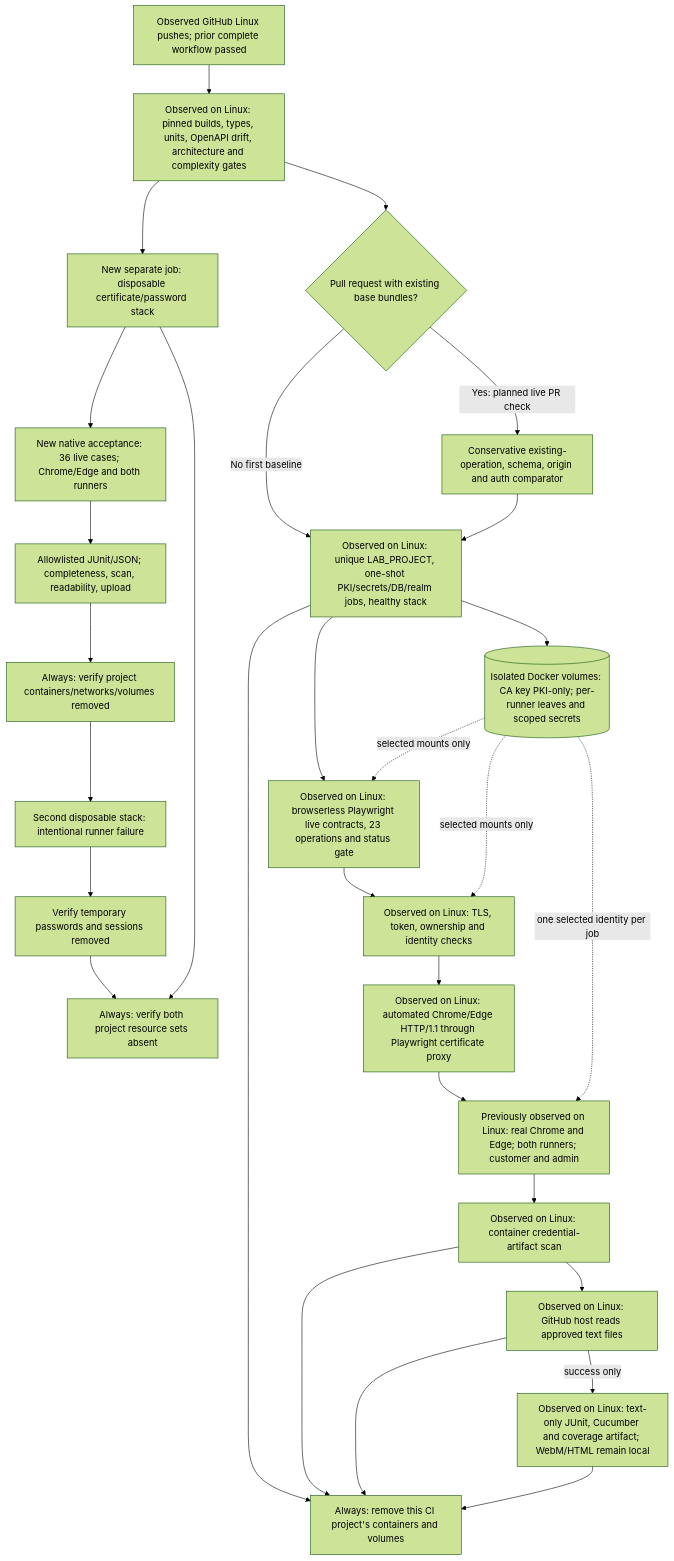
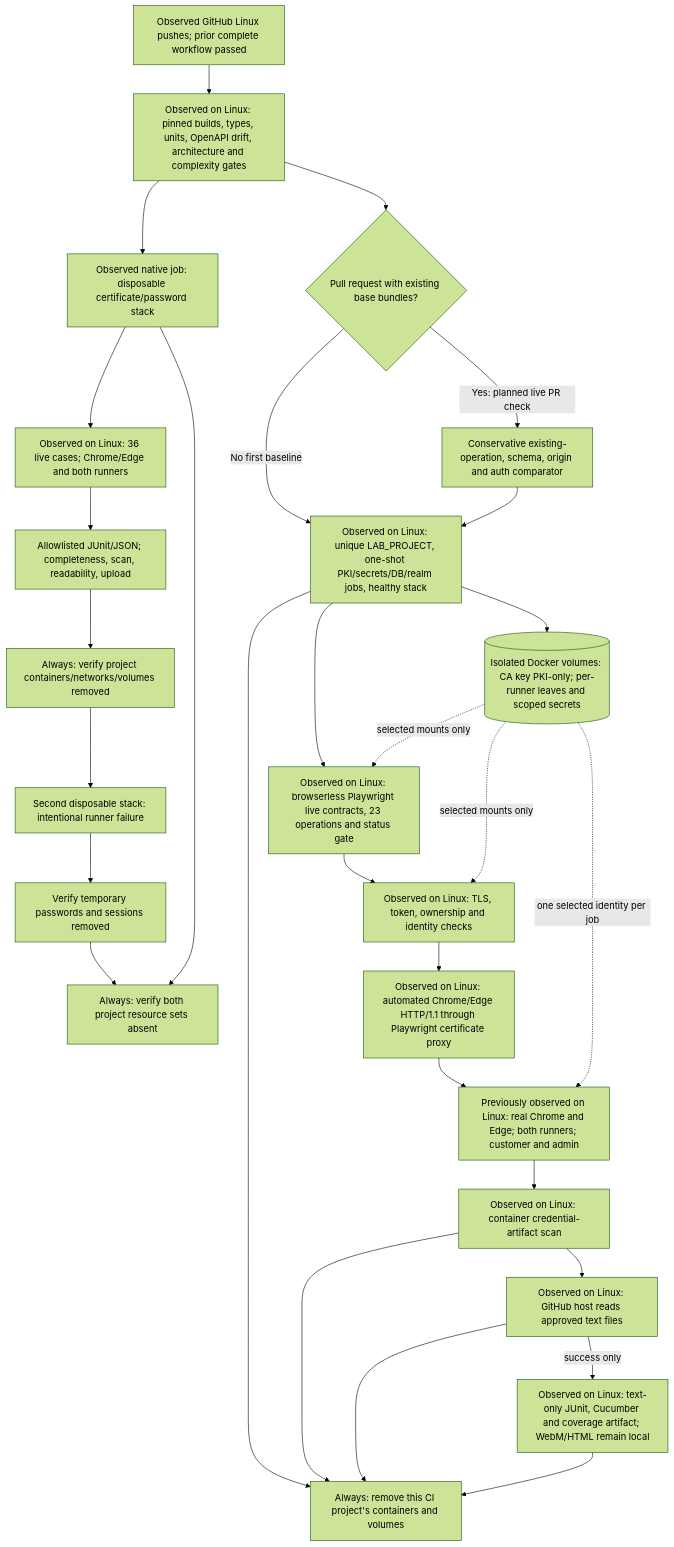
The tenth of 19 diagrams in docs/workflows.md (orieken/testing-with-certs), drawn with Mermaid (forest theme) before and after one commit. The commit also changed other lines of this file and 6 other files, not shown here.

Commit message:
Record native TEST-02 matrix and cleanup evidence [skip ci]

````diff
--- a/docs/workflows.md
+++ b/docs/workflows.md
@@ -339,31 +339,31 @@
 ```mermaid
 flowchart TD
   Trigger["Observed GitHub Linux pushes; prior complete workflow passed"] --> Static["Observed on Linux: pinned builds, types, units, OpenAPI drift, architecture and complexity gates"]
-  Static --> Lesson["New separate job: disposable certificate/password stack"]
-  Lesson --> LessonMatrix["New native acceptance: 36 live cases; Chrome/Edge and both runners"]
+  Static --> Lesson["Observed native job: disposable certificate/password stack"]
+  Lesson --> LessonMatrix["Observed on Linux: 36 live cases; Chrome/Edge and both runners"]
   LessonMatrix --> LessonReports["Allowlisted JUnit/JSON; completeness, scan, readability, upload"]
   LessonReports --> LessonClean["Always: verify project containers/networks/volumes removed"]
   LessonClean --> Failure["Second disposable stack: intentional runner failure"]
   Failure --> Fixture["Verify temporary passwords and sessions removed"]
   Fixture --> FinalClean["Always: verify both project resource sets absent"]
   Lesson --> FinalClean
   Static --> Base{"Pull request with existing base bundles?"}
   Base -->|"Yes: planned live PR check"| Compare["Conservative existing-operation, schema, origin and auth comparator"]
   Base -->|"No first baseline"| Compose
   Compare --> Compose["Observed on Linux: unique LAB_PROJECT, one-shot PKI/secrets/DB/realm jobs, healthy stack"]
   Compose --> Certs[("Isolated Docker volumes: CA key PKI-only; per-runner leaves and scoped secrets")]
   Compose --> Contracts["Observed on Linux: browserless Playwright live contracts, 23 operations and status gate"]
   Contracts --> Security["Observed on Linux: TLS, token, ownership and identity checks"]
   Security --> Candidate["Observed on Linux: automated Chrome/Edge HTTP/1.1 through Playwright certificate proxy"]
   Candidate --> Matrix["Previously observed on Linux: real Chrome and Edge; both runners; customer and admin"]
   Certs -.->|"selected mounts only"| Contracts
   Certs -.->|"selected mounts only"| Security
   Certs -.->|"one selected identity per job"| Matrix
   Matrix --> Scan["Observed on Linux: container credential-artifact scan"]
   Scan --> Readable["Observed on Linux: GitHub host reads approved text files"]
   Readable -->|"success only"| Upload["Observed on Linux: text-only JUnit, Cucumber and coverage artifact; WebM/HTML remain local"]
   Compose --> Cleanup["Always: remove this CI project's containers and volumes"]
   Scan --> Cleanup
   Readable --> Cleanup
   Upload --> Cleanup
 ```
````
